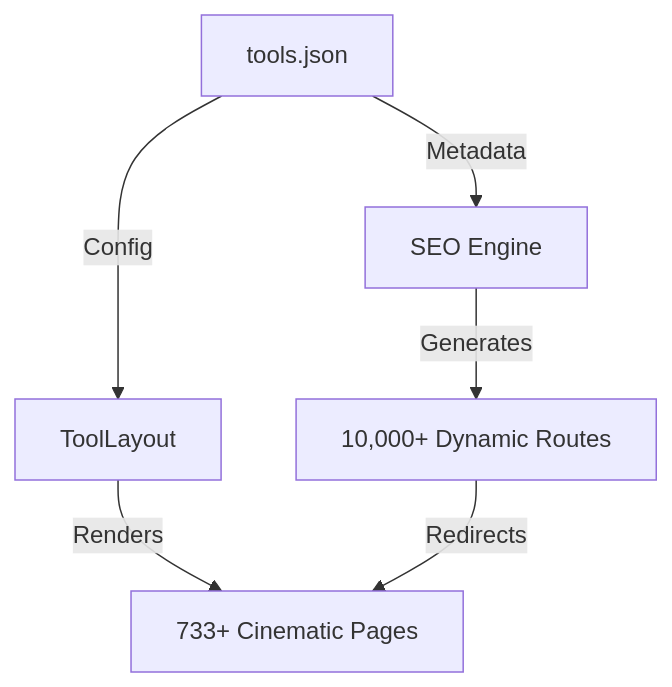
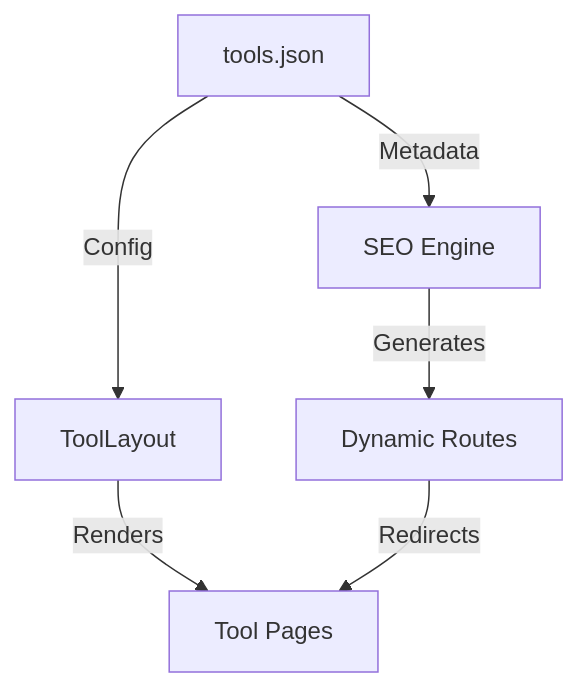
One commit to playlikeboy/30tools changed the diagram in README.md. Above: the diagram before and after it, drawn with Mermaid. The commit also changed other lines of this file and 6 other files, not shown here.

First line of the commit message:
fix: resolve SEO issues - tool counts, API tester copy, downloader pages

````diff
--- a/README.md
+++ b/README.md
@@ -40,8 +40,8 @@
 ```mermaid
 graph TD
     A[tools.json] -->|Metadata| B[SEO Engine]
     A -->|Config| C[ToolLayout]
-    B -->|Generates| D[10,000+ Dynamic Routes]
-    C -->|Renders| E[733+ Cinematic Pages]
+    B -->|Generates| D[Dynamic Routes]
+    C -->|Renders| E[Tool Pages]
     D -->|Redirects| E
 ```
````
